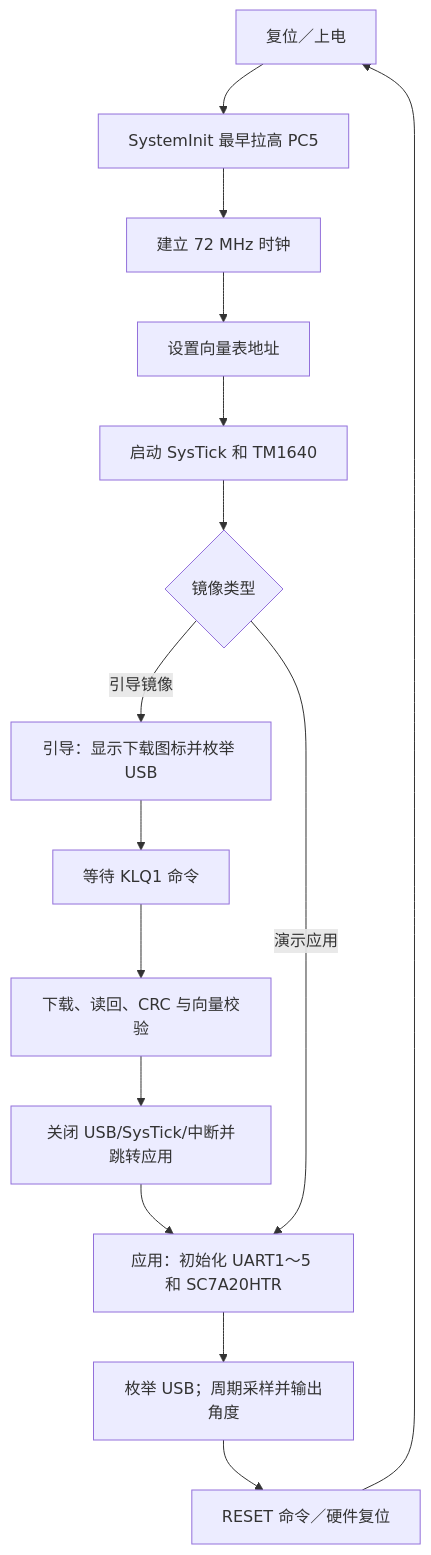
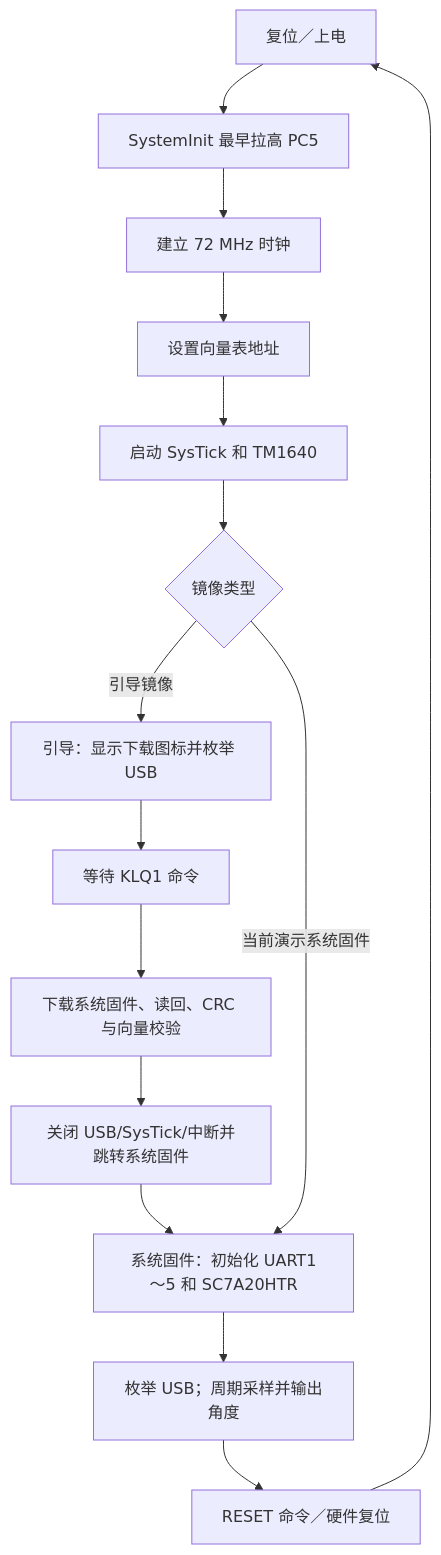
One commit to msl1831/KLQ_V2 changed the third of 5 diagrams in docs/architecture_current.md. Above: the diagram before and after it, drawn with Mermaid. The commit also changed other lines of this file and 3 other files, not shown here.

Commit message:
Clarify RAM-only user program architecture

````diff
--- a/docs/architecture_current.md
+++ b/docs/architecture_current.md
@@ -103,23 +107,23 @@
 ```mermaid
 flowchart TD
     RESET[复位／上电]
     HOLD[SystemInit 最早拉高 PC5]
     CLOCK[建立 72 MHz 时钟]
     VECTOR[设置向量表地址]
     BOARD[启动 SysTick 和 TM1640]
     MODE{镜像类型}
     BOOT[引导：显示下载图标并枚举 USB]
     WAIT[等待 KLQ1 命令]
-    VERIFY[下载、读回、CRC 与向量校验]
-    JUMP[关闭 USB/SysTick/中断并跳转应用]
-    INIT[应用：初始化 UART1～5 和 SC7A20HTR]
+    VERIFY[下载系统固件、读回、CRC 与向量校验]
+    JUMP[关闭 USB/SysTick/中断并跳转系统固件]
+    INIT[系统固件：初始化 UART1～5 和 SC7A20HTR]
     STREAM[枚举 USB；周期采样并输出角度]
     BACK[RESET 命令／硬件复位]
 
     RESET --> HOLD --> CLOCK --> VECTOR --> BOARD --> MODE
     MODE -->|引导镜像| BOOT --> WAIT
     WAIT --> VERIFY --> JUMP --> INIT
-    MODE -->|演示应用| INIT
+    MODE -->|当前演示系统固件| INIT
     INIT --> STREAM
     STREAM --> BACK --> RESET
 ```
````
